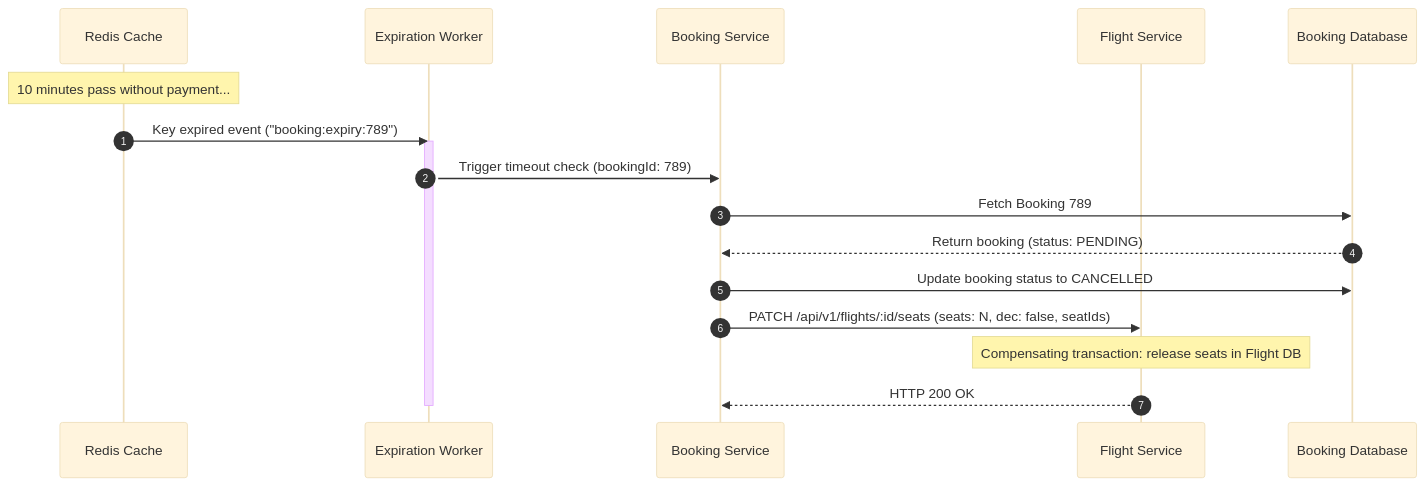
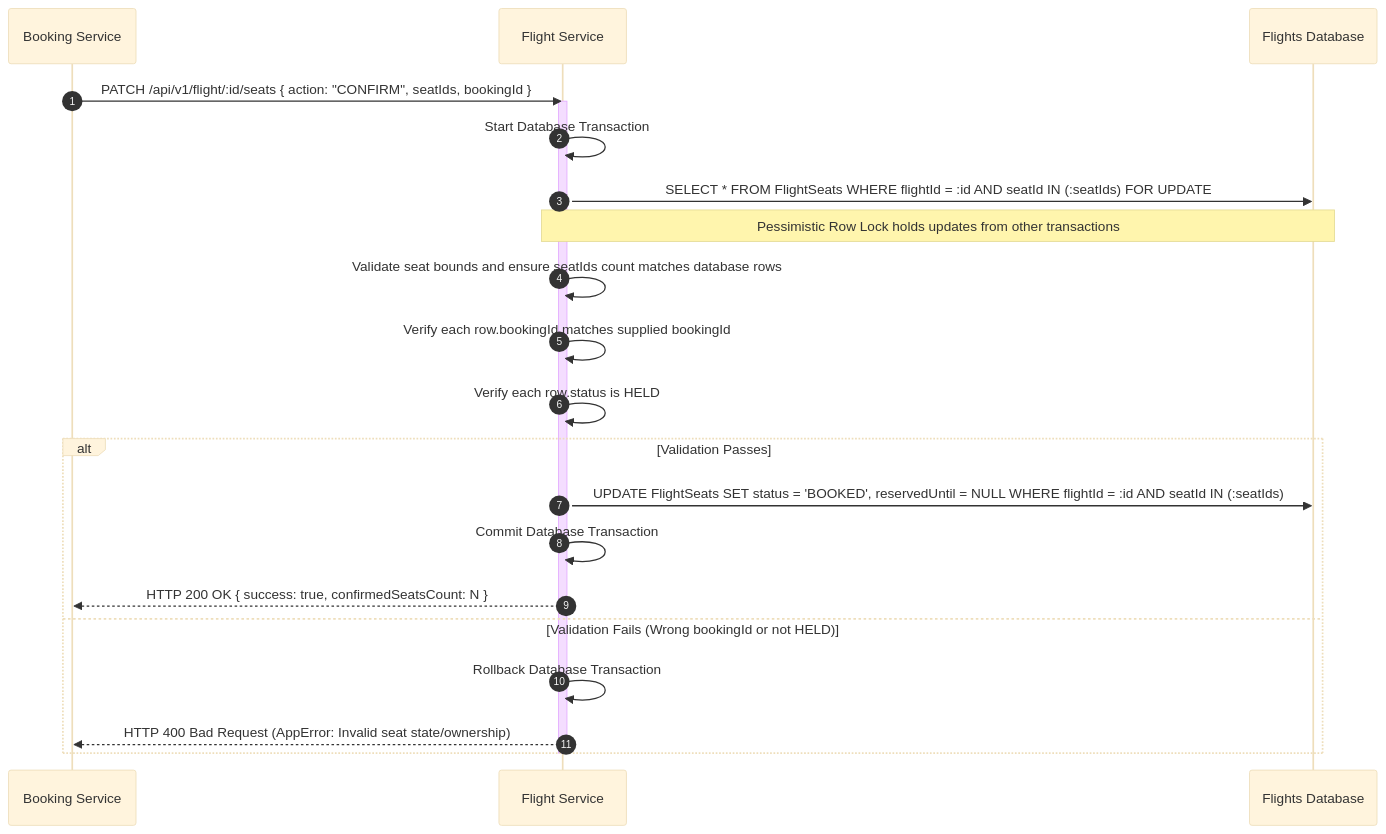
Before and after one commit to 0xpritam/Base-Node-Project-Template: the fifth of 6 diagrams in docs/SEQUENCE_DIAGRAMS.md, drawn with Mermaid (base theme). The commit also changed other lines of this file and 65 other files, not shown here.

Commit message:
feat: complete booking service saga orchestration with Redis expiration

````diff
--- a/docs/SEQUENCE_DIAGRAMS.md
+++ b/docs/SEQUENCE_DIAGRAMS.md
@@ -121,21 +194,28 @@
 ```mermaid
 sequenceDiagram
     autonumber
-    participant Redis as Redis Cache
-    participant Worker as Expiration Worker
     participant BS as Booking Service
     participant FS as Flight Service
-    participant BDB as Booking Database
+    participant DB as Flights Database
 
-    Note over Redis: 10 minutes pass without payment...
-    Redis ->> Worker: Key expired event ("booking:expiry:789")
-    activate Worker
-    Worker ->> BS: Trigger timeout check (bookingId: 789)
-    BS ->> BDB: Fetch Booking 789
-    BDB -->> BS: Return booking (status: PENDING)
-    BS ->> BDB: Update booking status to CANCELLED
-    BS ->> FS: PATCH /api/v1/flights/:id/seats (seats: N, dec: false, seatIds)
-    Note over FS: Compensating transaction: release seats in Flight DB
-    FS -->> BS: HTTP 200 OK
-    deactivate Worker
+    BS ->> FS: PATCH /api/v1/flight/:id/seats { action: "CONFIRM", seatIds, bookingId }
+    activate FS
+    FS ->> FS: Start Database Transaction
+    
+    FS ->> DB: SELECT * FROM FlightSeats WHERE flightId = :id AND seatId IN (:seatIds) FOR UPDATE;
+    Note over FS,DB: Pessimistic Row Lock holds updates from other transactions
+    
+    FS ->> FS: Validate seat bounds and ensure seatIds count matches database rows
+    FS ->> FS: Verify each row.bookingId matches supplied bookingId
+    FS ->> FS: Verify each row.status is HELD
+    
+    alt Validation Passes
+        FS ->> DB: UPDATE FlightSeats SET status = 'BOOKED', reservedUntil = NULL WHERE flightId = :id AND seatId IN (:seatIds);
+        FS ->> FS: Commit Database Transaction
+        FS -->> BS: HTTP 200 OK { success: true, confirmedSeatsCount: N }
+    else Validation Fails (Wrong bookingId or not HELD)
+        FS ->> FS: Rollback Database Transaction
+        FS -->> BS: HTTP 400 Bad Request (AppError: Invalid seat state/ownership)
+    end
+    deactivate FS
 ```
````
